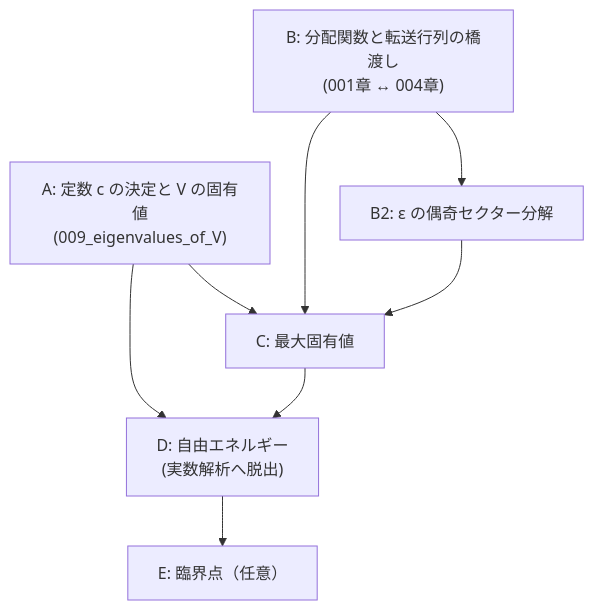
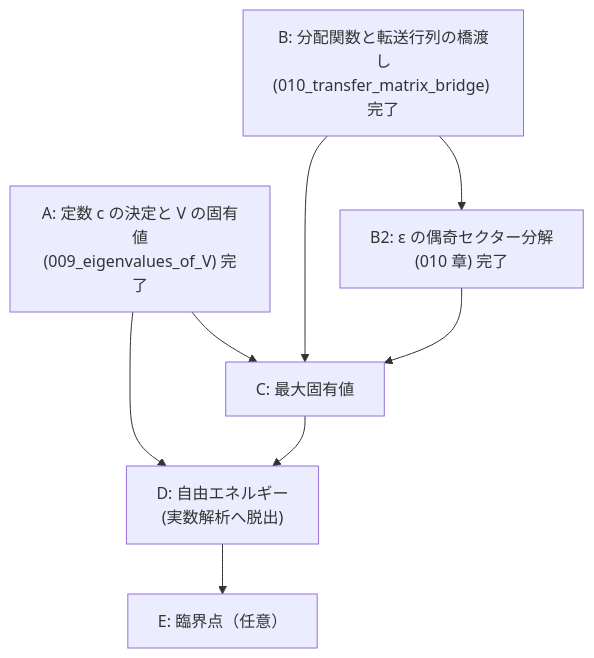
The diagram in exact-solution-of-2d-ising-model/docs/tasks/free-energy-roadmap/task-dependency-graph.md (masaori/math), drawn with Mermaid before and after one commit. The commit also changed other lines of this file and 11 other files, not shown here.

````diff
--- a/exact-solution-of-2d-ising-model/docs/tasks/free-energy-roadmap/task-dependency-graph.md
+++ b/exact-solution-of-2d-ising-model/docs/tasks/free-energy-roadmap/task-dependency-graph.md
@@ -33,10 +33,10 @@
 ```mermaid
 graph TD
-    A["A: 定数 c の決定と V の固有値<br/>(009_eigenvalues_of_V)"] --> C["C: 最大固有値"]
-    B["B: 分配関数と転送行列の橋渡し<br/>(001章 ↔ 004章)"] --> C
-    B --> B2["B2: ε の偶奇セクター分解"]
+    A["A: 定数 c の決定と V の固有値<br/>(009_eigenvalues_of_V) 完了"] --> C["C: 最大固有値"]
+    B["B: 分配関数と転送行列の橋渡し<br/>(010_transfer_matrix_bridge) 完了"] --> C
+    B --> B2["B2: ε の偶奇セクター分解<br/>(010 章) 完了"]
     B2 --> C
     A --> D["D: 自由エネルギー<br/>(実数解析へ脱出)"]
     C --> D
     D --> E["E: 臨界点（任意）"]
 ```
````
